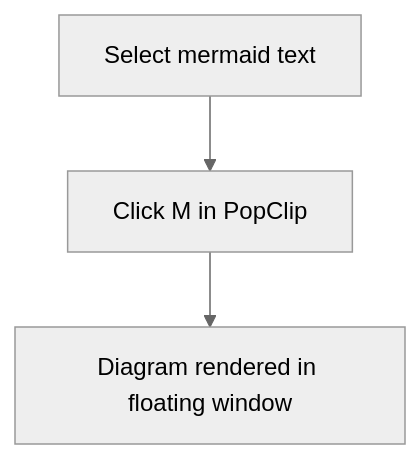
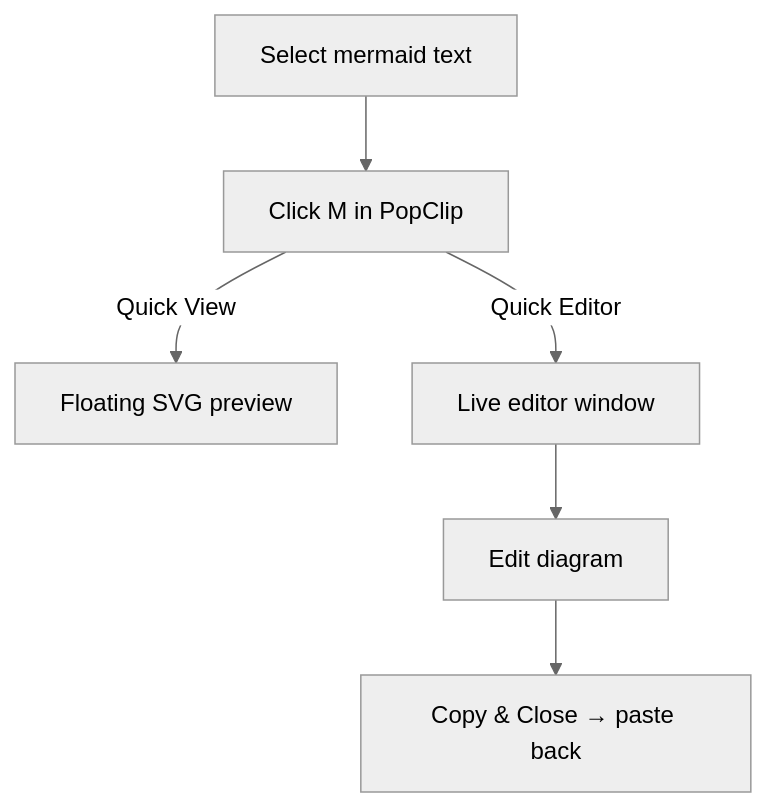
Before and after one commit to poof86/PopClip-Extensions: the diagram in MermaidPreview.popclipext/README.md, drawn with Mermaid (neutral theme). The commit also changed other lines of this file and 3 other files, not shown here.

First line of the commit message:
Add Quick Editor mode with WKWebView + mermaid.js via esm.sh

````diff
--- a/MermaidPreview.popclipext/README.md
+++ b/MermaidPreview.popclipext/README.md
@@ -9,5 +14,8 @@
 ```mermaid
 graph TD
     A[Select mermaid text] --> B[Click M in PopClip]
-    B --> C[Diagram rendered in floating window]
+    B -->|Quick View| C[Floating SVG preview]
+    B -->|Quick Editor| D[Live editor window]
+    D --> E[Edit diagram]
+    E --> F[Copy & Close → paste back]
 ```
````
